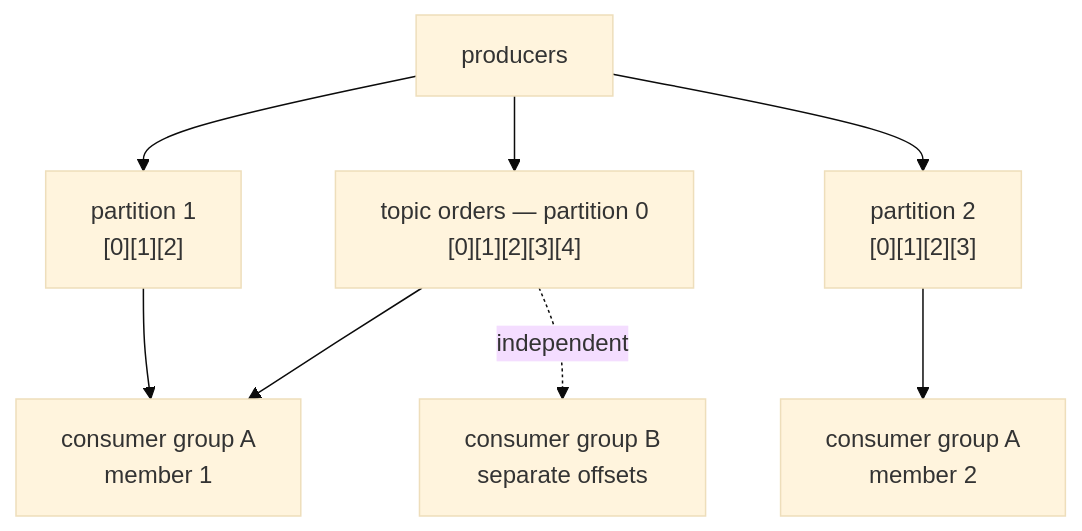
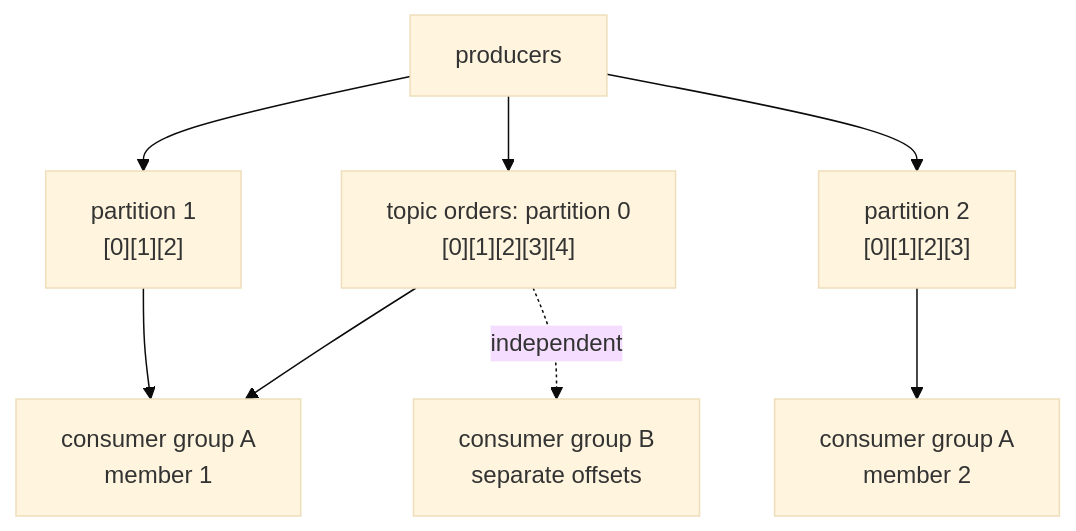
Before and after one commit to TharunKumarReddyPolu/Go-Handbook-for-Software-Engineers: the diagram in 18-kafka-with-go/01-kafka-concepts.md, drawn with Mermaid (base theme). The commit also changed other lines of this file and 84 other files, not shown here.

````diff
--- a/18-kafka-with-go/01-kafka-concepts.md
+++ b/18-kafka-with-go/01-kafka-concepts.md
@@ -16,10 +16,10 @@
 ```mermaid
 flowchart TD
-    P["producers"] --> T0["topic orders — partition 0<br/>[0][1][2][3][4]"]
+    P["producers"] --> T0["topic orders: partition 0<br/>[0][1][2][3][4]"]
     P --> T1["partition 1<br/>[0][1][2]"]
     P --> T2["partition 2<br/>[0][1][2][3]"]
     T0 --> C0["consumer group A<br/>member 1"]
     T1 --> C0
     T2 --> C1["consumer group A<br/>member 2"]
     T0 -.->|independent| C2["consumer group B<br/>separate offsets"]
 ```
````
